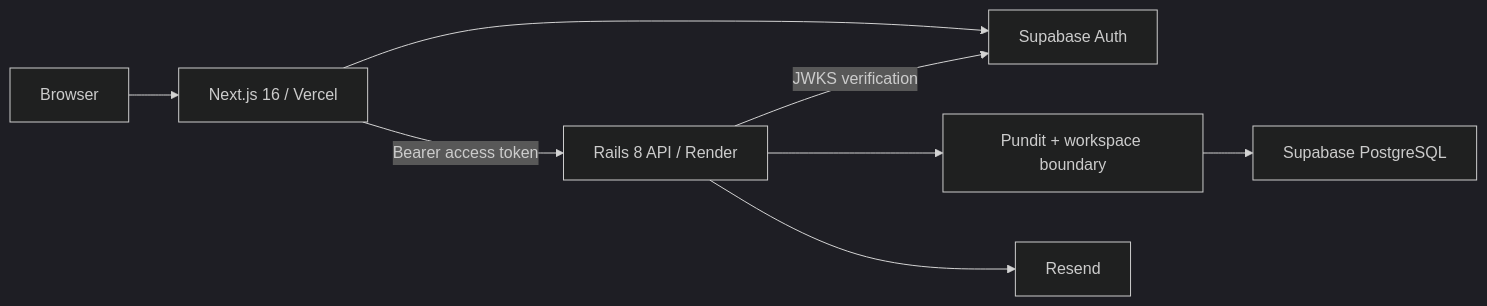
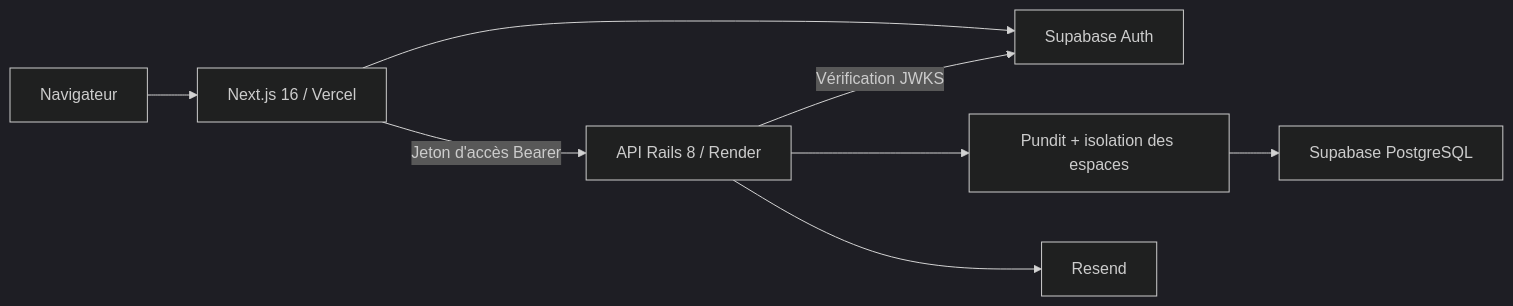
The diagram in README.md (aicha-btn/signal-desk), drawn with Mermaid (dark theme) before and after one commit. The commit also changed other lines of this file, not shown here.

````diff
--- a/README.md
+++ b/README.md
@@ -33,10 +34,10 @@
 ```mermaid
 flowchart LR
-  Browser["Browser"] --> Next["Next.js 16 / Vercel"]
+  Browser["Navigateur"] --> Next["Next.js 16 / Vercel"]
   Next --> Auth["Supabase Auth"]
-  Next -->|"Bearer access token"| Rails["Rails 8 API / Render"]
-  Rails -->|"JWKS verification"| Auth
-  Rails --> Policy["Pundit + workspace boundary"]
+  Next -->|"Jeton d'accès Bearer"| Rails["API Rails 8 / Render"]
+  Rails -->|"Vérification JWKS"| Auth
+  Rails --> Policy["Pundit + isolation des espaces"]
   Policy --> DB["Supabase PostgreSQL"]
   Rails --> Email["Resend"]
 ```
````
